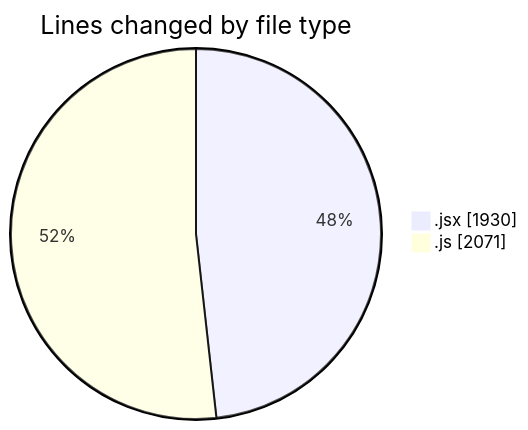
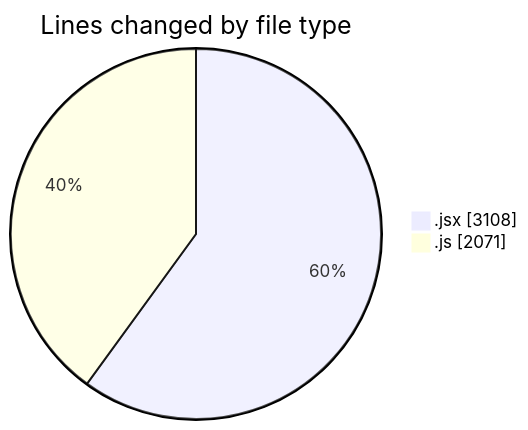
Before and after one commit to nxtqubesakshisongat/code-tracking: the first of 2 diagrams in 2025-08-04/nxtqube_webapp/README.md, drawn with Mermaid. The commit also changed other lines of this file and 1 other file, not shown here.

````diff
--- a/2025-08-04/nxtqube_webapp/README.md
+++ b/2025-08-04/nxtqube_webapp/README.md
@@ -28,6 +31,6 @@
 ```mermaid
 pie showData
 title Lines changed by file type
-".jsx" : 1930
+".jsx" : 3108
 ".js" : 2071
 ```
````
